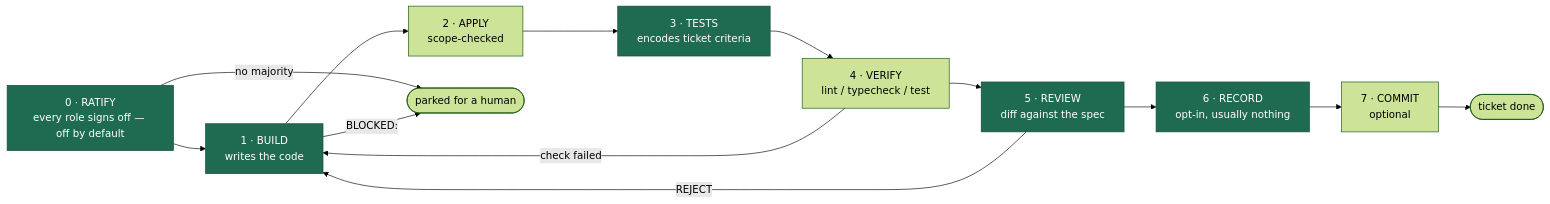
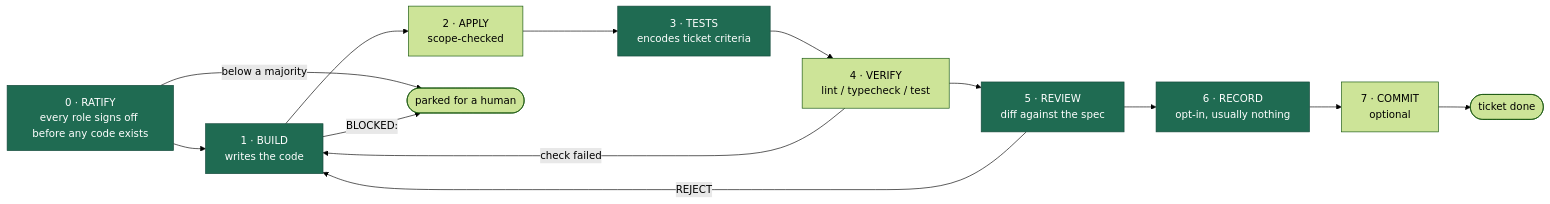
The first of 3 diagrams in docs/ARCHITECTURE.md (nschroeder8472/hybrid-forge), drawn with Mermaid (forest theme) before and after one commit. The commit also changed other lines of this file and 36 other files, not shown here.

````diff
--- a/docs/ARCHITECTURE.md
+++ b/docs/ARCHITECTURE.md
@@ -13,24 +13,24 @@
 ```mermaid
 flowchart LR
-    RATIFY["0 · RATIFY<br/>every role signs off — off by default"]
+    RATIFY["0 · RATIFY<br/>every role signs off before any code exists"]
     BUILD["1 · BUILD<br/>writes the code"]
     APPLY["2 · APPLY<br/>scope-checked"]
     TESTS["3 · TESTS<br/>encodes ticket criteria"]
     VERIFY["4 · VERIFY<br/>lint / typecheck / test"]
     REVIEW["5 · REVIEW<br/>diff against the spec"]
     RECORD["6 · RECORD<br/>opt-in, usually nothing"]
     COMMIT["7 · COMMIT<br/>optional"]
     DONE(["ticket done"])
     PARK(["parked for a human"])
 
     RATIFY --> BUILD --> APPLY --> TESTS --> VERIFY --> REVIEW --> RECORD --> COMMIT --> DONE
 
-    RATIFY -->|"no majority"| PARK
+    RATIFY -->|"below a majority"| PARK
 
     VERIFY -->|"check failed"| BUILD
     REVIEW -->|"REJECT"| BUILD
     BUILD -->|"BLOCKED:"| PARK
 
     classDef model fill:#1F6B52,stroke:#14483A,color:#FFFFFF;
     class RATIFY,BUILD,TESTS,REVIEW,RECORD model;
 ```
````
